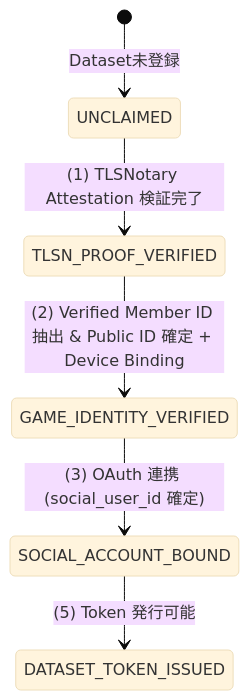
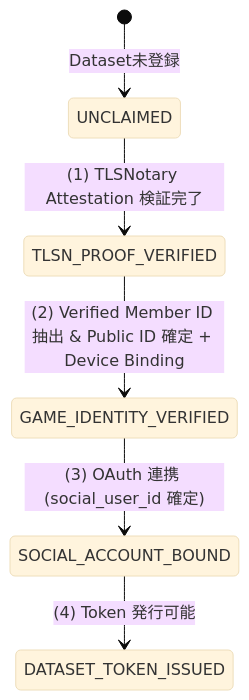
One commit to tsukasa-u/FUSOU changed the first of 2 diagrams in docs/operations/member-id-preemptive-attack-and-recovery.md. Above: the diagram before and after it, drawn with Mermaid (base theme). The commit also changed other lines of this file and 1 other file, not shown here.

````diff
--- a/docs/operations/member-id-preemptive-attack-and-recovery.md
+++ b/docs/operations/member-id-preemptive-attack-and-recovery.md
@@ -259,9 +259,9 @@
 ```mermaid
 stateDiagram-v2
     [*] --> UNCLAIMED: Dataset未登録
     
     UNCLAIMED --> TLSN_PROOF_VERIFIED: (1) TLSNotary Attestation 検証完了
     TLSN_PROOF_VERIFIED --> GAME_IDENTITY_VERIFIED: (2) Verified Member ID 抽出 & Public ID 確定 + Device Binding
     GAME_IDENTITY_VERIFIED --> SOCIAL_ACCOUNT_BOUND: (3) OAuth 連携 (social_user_id 確定)
-    SOCIAL_ACCOUNT_BOUND --> DATASET_TOKEN_ISSUED: (5) Token 発行可能
+    SOCIAL_ACCOUNT_BOUND --> DATASET_TOKEN_ISSUED: (4) Token 発行可能
 ```
````
